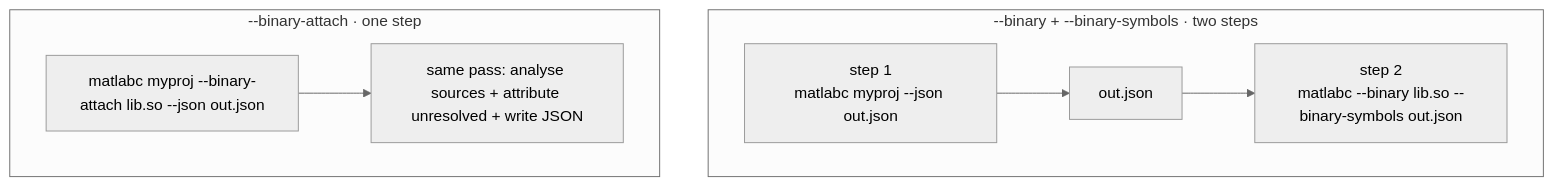
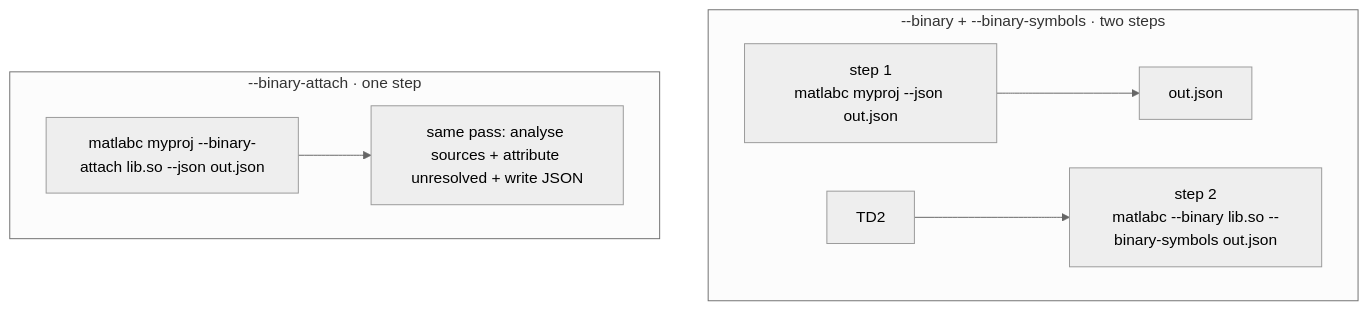
The third of 8 diagrams in README.md (pony-029/malabc), drawn with Mermaid (neutral theme) before and after one commit. The commit also changed other lines of this file and 6 other files, not shown here.

````diff
--- a/README.md
+++ b/README.md
@@ -205,12 +205,12 @@
 ```mermaid
 flowchart TB
     subgraph TWO["--binary + --binary-symbols · two steps"]
         T1["step 1<br/>matlabc myproj --json out.json"] --> T2["out.json"]
-        T2 --> T3["step 2<br/>matlabc --binary lib.so --binary-symbols out.json"]
+        TD2 --> T3["step 2<br/>matlabc --binary lib.so --binary-symbols out.json"]
     end
     subgraph ONE["--binary-attach · one step"]
         O1["matlabc myproj --binary-attach lib.so --json out.json"]
         O2["same pass: analyse sources + attribute unresolved + write JSON"]
         O1 --> O2
     end
 ```
````
